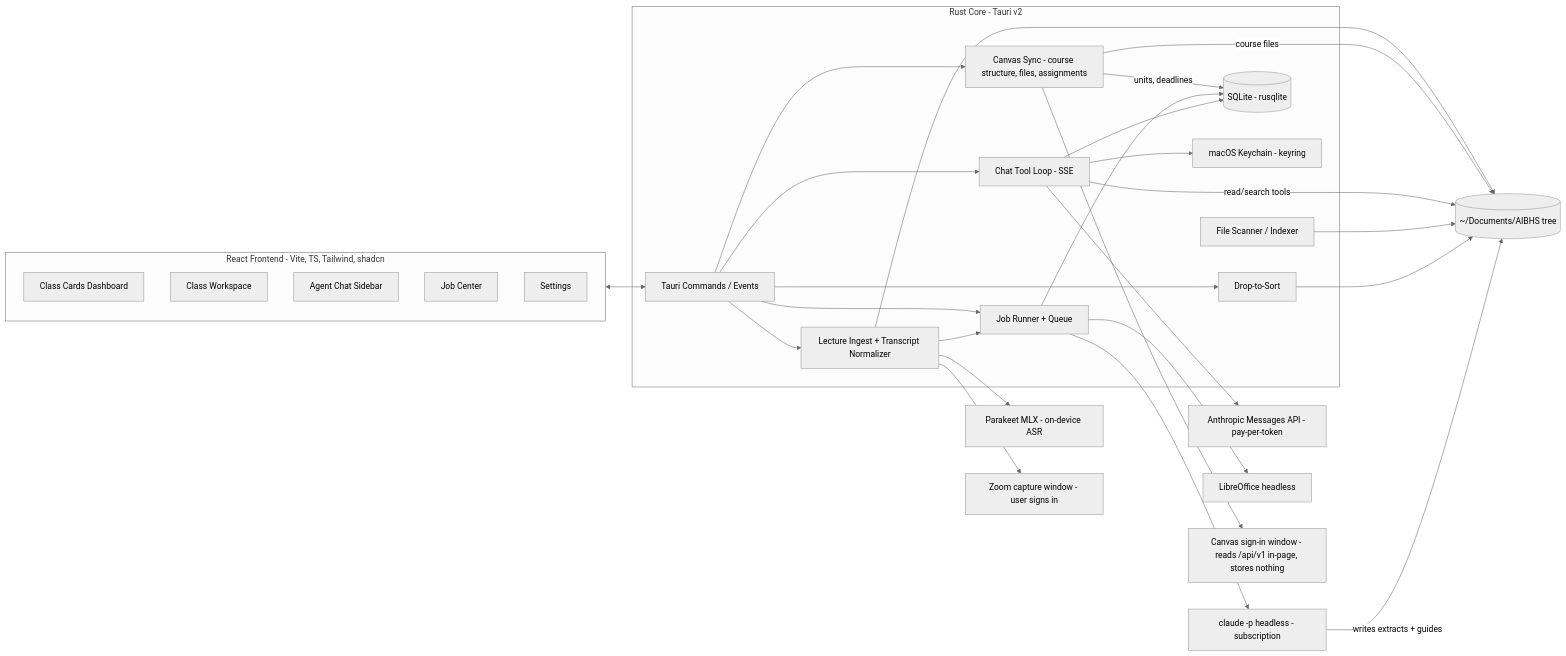
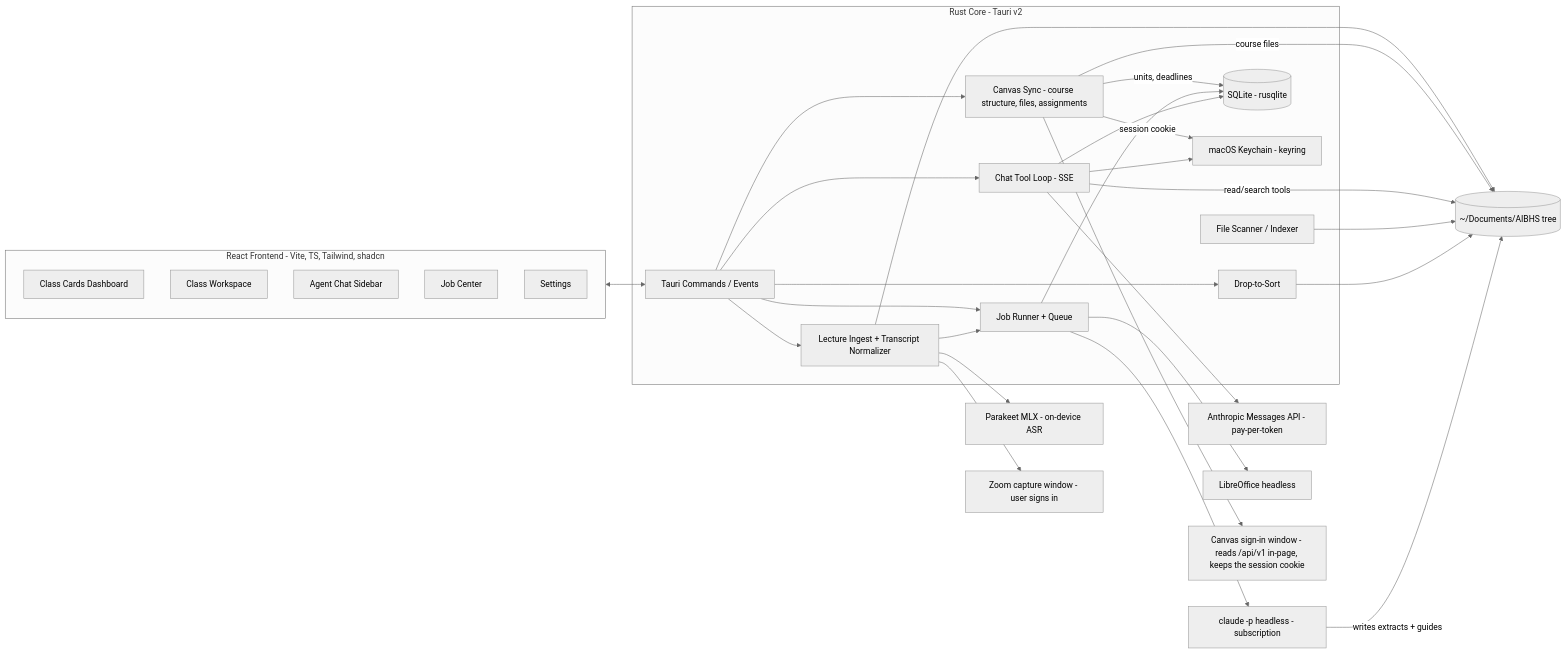
The diagram in SPEC.md (scalinity/ClassHub), drawn with Mermaid (neutral theme) before and after one commit. The commit also changed other lines of this file and 2 other files, not shown here.

````diff
--- a/SPEC.md
+++ b/SPEC.md
@@ -152,52 +152,53 @@
 ```mermaid
 flowchart LR
     subgraph ui [React Frontend - Vite, TS, Tailwind, shadcn]
         Dashboard[Class Cards Dashboard]
         ClassView[Class Workspace]
         ChatSidebar[Agent Chat Sidebar]
         JobCenter[Job Center]
         Settings[Settings]
     end
     subgraph rust [Rust Core - Tauri v2]
         Cmds[Tauri Commands / Events]
         Jobs[Job Runner + Queue]
         ChatLoop[Chat Tool Loop - SSE]
         Sorter[Drop-to-Sort]
         Scanner[File Scanner / Indexer]
         Lectures[Lecture Ingest + Transcript Normalizer]
         Canvas[Canvas Sync - course structure, files, assignments]
         DB[(SQLite - rusqlite)]
         Keychain[macOS Keychain - keyring]
     end
     AIBHS[(~/Documents/AIBHS tree)]
     CLI[claude -p headless - subscription]
     API[Anthropic Messages API - pay-per-token]
     LO[LibreOffice headless]
     PK[Parakeet MLX - on-device ASR]
     ZM[Zoom capture window - user signs in]
-    CV[Canvas sign-in window - reads /api/v1 in-page, stores nothing]
+    CV[Canvas sign-in window - reads /api/v1 in-page, keeps the session cookie]
 
     ui <--> Cmds
     Cmds --> Jobs
     Cmds --> ChatLoop
     Cmds --> Sorter
     Cmds --> Lectures
     Lectures --> PK
     Lectures --> ZM
     Lectures --> AIBHS
     Lectures --> Jobs
     Cmds --> Canvas
     Canvas --> CV
+    Canvas -->|session cookie| Keychain
     Canvas -->|units, deadlines| DB
     Canvas -->|course files| AIBHS
     Jobs --> CLI
     Jobs --> LO
     ChatLoop --> API
     ChatLoop -->|read/search tools| AIBHS
     Scanner --> AIBHS
     Sorter --> AIBHS
     CLI -->|writes extracts + guides| AIBHS
     Jobs --> DB
     ChatLoop --> DB
     ChatLoop --> Keychain
 ```
````
